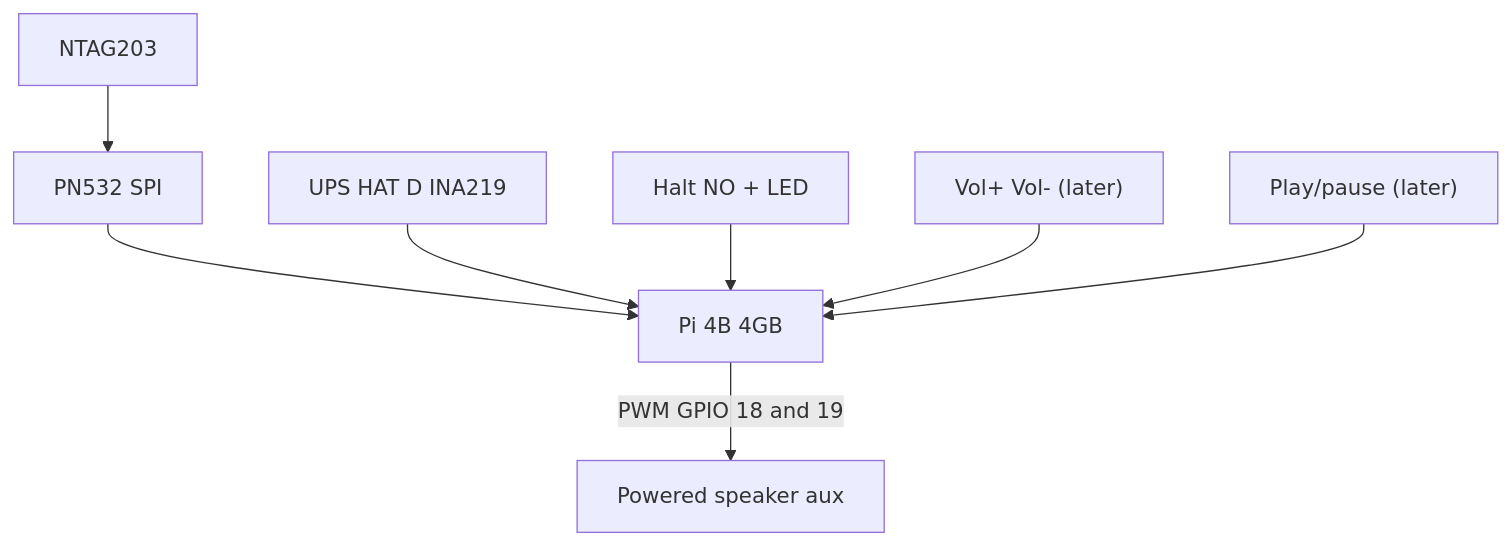
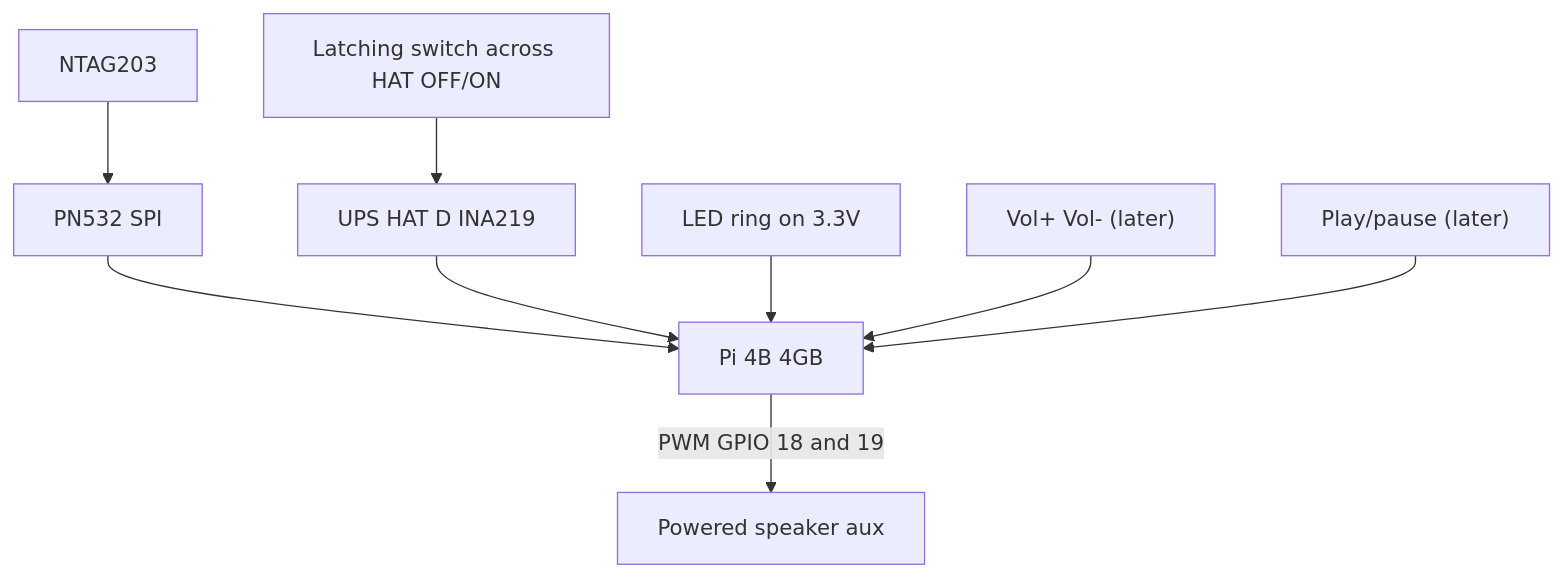
Before and after one commit to mzworthington/RoMini: the diagram in docs/hardware.md, drawn with Mermaid. The commit also changed other lines of this file and 11 other files, not shown here.

Commit message:
feat: on/off switch to be hard wired

````diff
--- a/docs/hardware.md
+++ b/docs/hardware.md
@@ -29,10 +29,11 @@
 ```mermaid
 flowchart TB
   ntag["NTAG203"] --> hat["PN532 SPI"]
   hat --> pi["Pi 4B 4GB"]
   ups["UPS HAT D INA219"] --> pi
-  halt["Halt NO + LED"] --> pi
+  pwr["Latching switch across HAT OFF/ON"] --> ups
+  lamp["LED ring on 3.3V"] --> pi
   vol["Vol+ Vol- (later)"] --> pi
   play["Play/pause (later)"] --> pi
   pi -->|"PWM GPIO 18 and 19"| spk["Powered speaker aux"]
 ```
````
